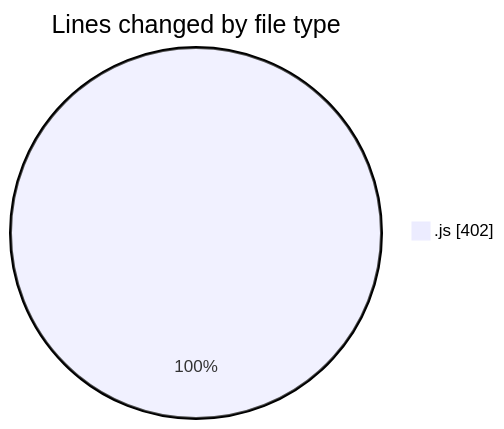
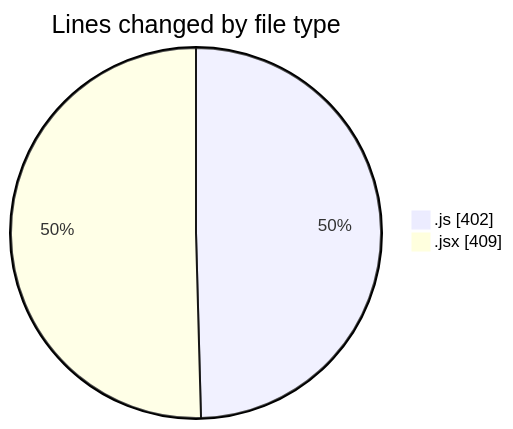
The first of 2 diagrams in 2025-05-08/argos-dev/README.md (nxtqubesakshisongat/code-tracking), drawn with Mermaid before and after one commit. The commit also changed other lines of this file and 1 other file, not shown here.

````diff
--- a/2025-05-08/argos-dev/README.md
+++ b/2025-05-08/argos-dev/README.md
@@ -21,5 +22,6 @@
 ```mermaid
 pie showData
 title Lines changed by file type
 ".js" : 402
+".jsx" : 409
 ```
````
